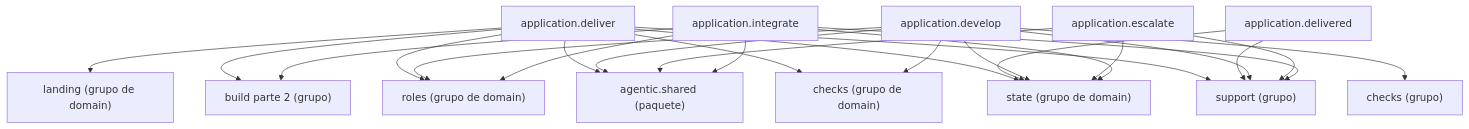
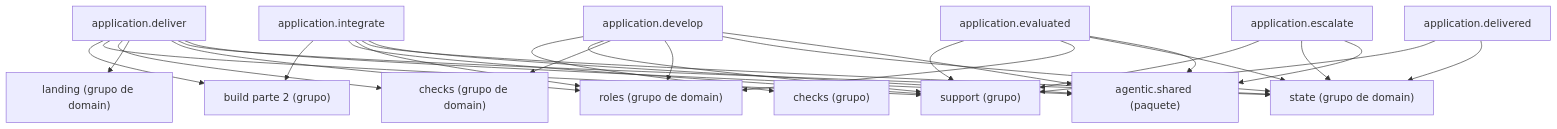
Before and after one commit to GonzaloZevallos/agentic-system: the diagram in docs/architecture/generated/packages-process-application-build-1.md, drawn with Mermaid. The commit also changed 7 other files, not shown here.

````diff
--- a/docs/architecture/generated/packages-process-application-build-1.md
+++ b/docs/architecture/generated/packages-process-application-build-1.md
@@ -16,39 +16,44 @@
 ```mermaid
 graph TD
     g_application__build__2["build parte 2 (grupo)"]
     g_application__checks["checks (grupo)"]
     g_application__support["support (grupo)"]
     g_domain__checks["checks (grupo de domain)"]
     g_domain__landing["landing (grupo de domain)"]
     g_domain__roles["roles (grupo de domain)"]
     g_domain__state["state (grupo de domain)"]
     g_pkg__agentic__shared["agentic.shared (paquete)"]
     m_application__deliver["application.deliver"]
     m_application__delivered["application.delivered"]
     m_application__develop["application.develop"]
     m_application__escalate["application.escalate"]
+    m_application__evaluated["application.evaluated"]
     m_application__integrate["application.integrate"]
     m_application__deliver --> g_application__build__2
     m_application__deliver --> g_application__support
     m_application__deliver --> g_domain__checks
     m_application__deliver --> g_domain__landing
     m_application__deliver --> g_domain__roles
     m_application__deliver --> g_domain__state
     m_application__deliver --> g_pkg__agentic__shared
     m_application__delivered --> g_application__support
     m_application__delivered --> g_domain__state
     m_application__develop --> g_application__checks
     m_application__develop --> g_application__support
     m_application__develop --> g_domain__checks
     m_application__develop --> g_domain__roles
     m_application__develop --> g_domain__state
     m_application__develop --> g_pkg__agentic__shared
     m_application__escalate --> g_application__support
     m_application__escalate --> g_domain__state
     m_application__escalate --> g_pkg__agentic__shared
+    m_application__evaluated --> g_application__support
+    m_application__evaluated --> g_domain__roles
+    m_application__evaluated --> g_domain__state
+    m_application__evaluated --> g_pkg__agentic__shared
     m_application__integrate --> g_application__build__2
     m_application__integrate --> g_application__support
     m_application__integrate --> g_domain__roles
     m_application__integrate --> g_domain__state
     m_application__integrate --> g_pkg__agentic__shared
 ```
````
